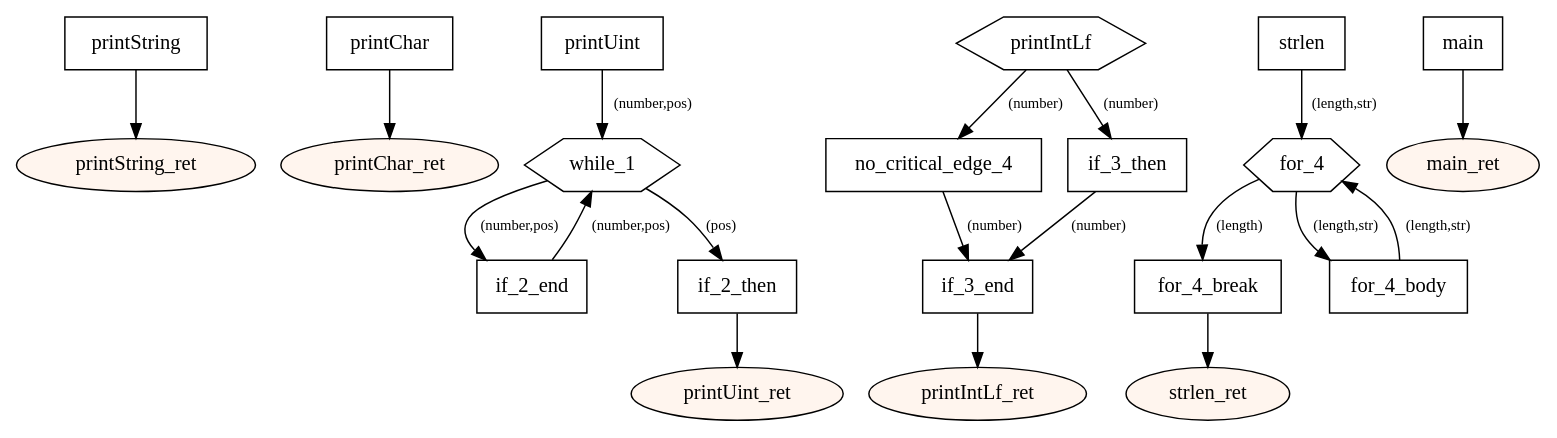
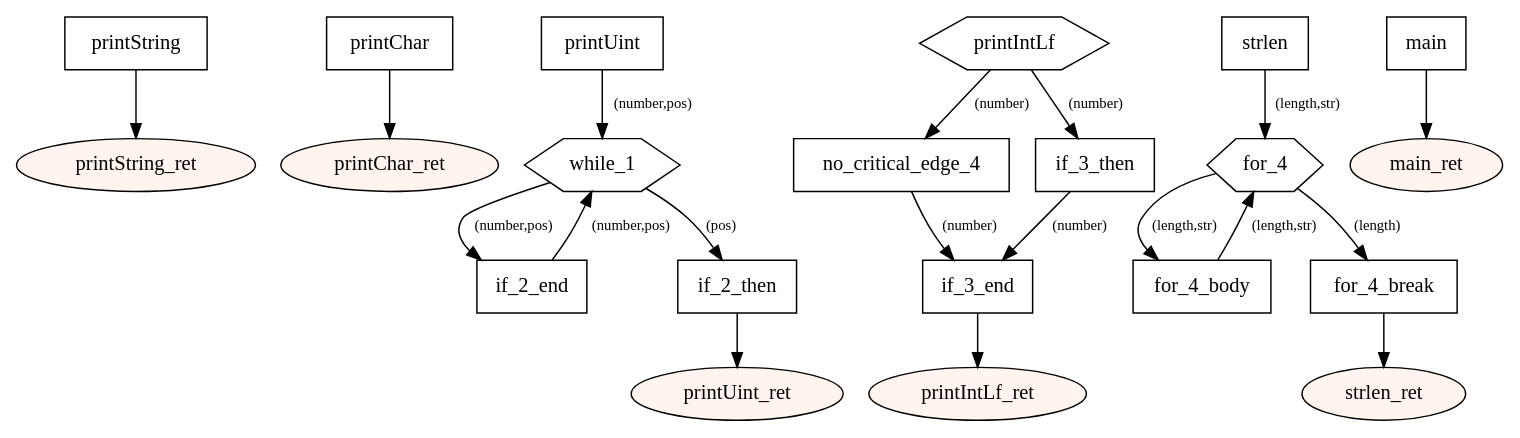
Before and after one commit to tmssngr/tinyC: the diagram in src/main/resources-test/comparison.dot, drawn with Graphviz. The commit also changed other lines of this file and 51 other files, not shown here.

```diff
--- a/src/main/resources-test/comparison.dot
+++ b/src/main/resources-test/comparison.dot
@@ -1,54 +1,54 @@
 digraph program {
 	edge[fontsize="10pt"];
 	subgraph fn_printString {
 		BasicBlock_0_printString [label="printString",shape=box];
 		BasicBlock_0_printString -> BasicBlock_0_printString_ret;
 		BasicBlock_0_printString_ret [label="printString_ret",shape=oval,style=filled,fillcolor="#fff5ee"];
 	}
 	subgraph fn_printChar {
 		BasicBlock_1_printChar [label="printChar",shape=box];
 		BasicBlock_1_printChar -> BasicBlock_1_printChar_ret;
 		BasicBlock_1_printChar_ret [label="printChar_ret",shape=oval,style=filled,fillcolor="#fff5ee"];
 	}
 	subgraph fn_printUint {
 		BasicBlock_2_printUint [label="printUint",shape=box];
 		BasicBlock_2_printUint -> BasicBlock_2_while_1 [label="(number,pos)"];
+		BasicBlock_2_if_2_end [label="if_2_end",shape=box];
+		BasicBlock_2_if_2_end -> BasicBlock_2_while_1 [label="(number,pos)"];
 		BasicBlock_2_while_1 [label="while_1",shape=hexagon];
 		BasicBlock_2_while_1 -> BasicBlock_2_if_2_end [label="(number,pos)"];
 		BasicBlock_2_while_1 -> BasicBlock_2_if_2_then [label="(pos)"];
 		BasicBlock_2_if_2_then [label="if_2_then",shape=box];
 		BasicBlock_2_if_2_then -> BasicBlock_2_printUint_ret;
-		BasicBlock_2_if_2_end [label="if_2_end",shape=box];
-		BasicBlock_2_if_2_end -> BasicBlock_2_while_1 [label="(number,pos)"];
 		BasicBlock_2_printUint_ret [label="printUint_ret",shape=oval,style=filled,fillcolor="#fff5ee"];
 	}
 	subgraph fn_printIntLf {
 		BasicBlock_3_printIntLf [label="printIntLf",shape=hexagon];
 		BasicBlock_3_printIntLf -> BasicBlock_3_no_critical_edge_4 [label="(number)"];
 		BasicBlock_3_printIntLf -> BasicBlock_3_if_3_then [label="(number)"];
+		BasicBlock_3_no_critical_edge_4 [label="no_critical_edge_4",shape=box];
+		BasicBlock_3_no_critical_edge_4 -> BasicBlock_3_if_3_end [label="(number)"];
 		BasicBlock_3_if_3_then [label="if_3_then",shape=box];
 		BasicBlock_3_if_3_then -> BasicBlock_3_if_3_end [label="(number)"];
-		BasicBlock_3_no_critical_edge_4 [label="no_critical_edge_4",shape=box];
-		BasicBlock_3_no_critical_edge_4 -> BasicBlock_3_if_3_end [label="(number)"];
 		BasicBlock_3_if_3_end [label="if_3_end",shape=box];
 		BasicBlock_3_if_3_end -> BasicBlock_3_printIntLf_ret;
 		BasicBlock_3_printIntLf_ret [label="printIntLf_ret",shape=oval,style=filled,fillcolor="#fff5ee"];
 	}
 	subgraph fn_strlen {
 		BasicBlock_4_strlen [label="strlen",shape=box];
 		BasicBlock_4_strlen -> BasicBlock_4_for_4 [label="(length,str)"];
+		BasicBlock_4_for_4_body [label="for_4_body",shape=box];
+		BasicBlock_4_for_4_body -> BasicBlock_4_for_4 [label="(length,str)"];
 		BasicBlock_4_for_4 [label="for_4",shape=hexagon];
 		BasicBlock_4_for_4 -> BasicBlock_4_for_4_break [label="(length)"];
 		BasicBlock_4_for_4 -> BasicBlock_4_for_4_body [label="(length,str)"];
-		BasicBlock_4_for_4_body [label="for_4_body",shape=box];
-		BasicBlock_4_for_4_body -> BasicBlock_4_for_4 [label="(length,str)"];
 		BasicBlock_4_for_4_break [label="for_4_break",shape=box];
 		BasicBlock_4_for_4_break -> BasicBlock_4_strlen_ret;
 		BasicBlock_4_strlen_ret [label="strlen_ret",shape=oval,style=filled,fillcolor="#fff5ee"];
 	}
 	subgraph fn_main {
 		BasicBlock_5_main [label="main",shape=box];
 		BasicBlock_5_main -> BasicBlock_5_main_ret;
 		BasicBlock_5_main_ret [label="main_ret",shape=oval,style=filled,fillcolor="#fff5ee"];
 	}
 }
```
